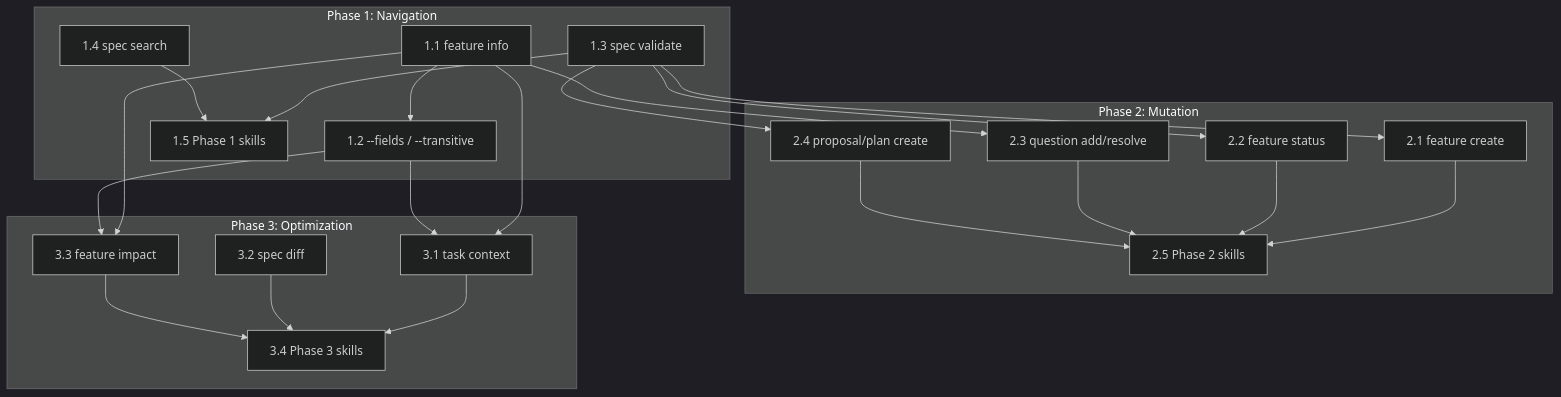
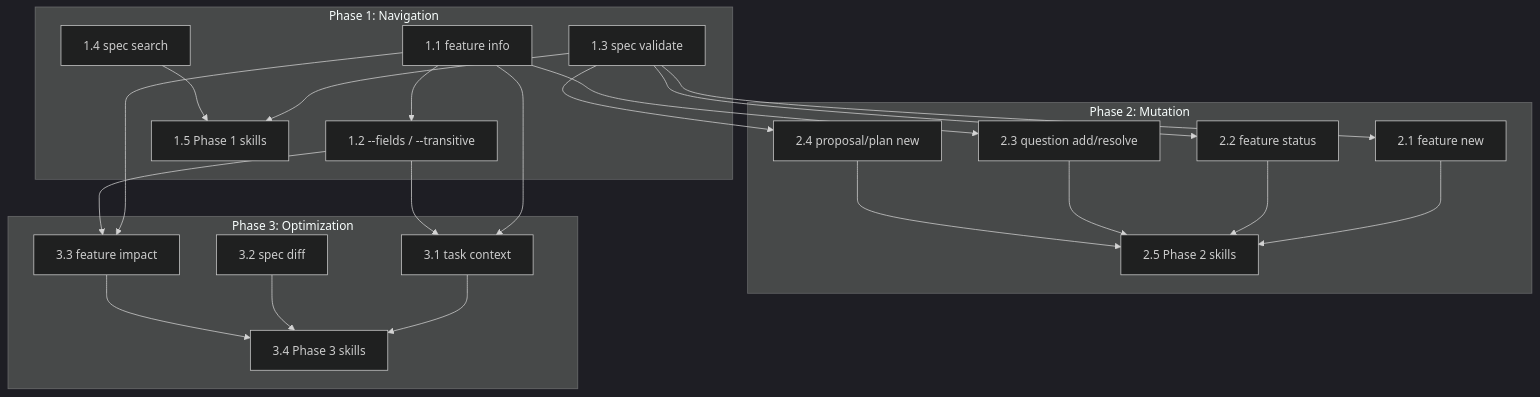
The diagram in spec/plans/agent-skills-roadmap/README.md (synchestra-io/synchestra), drawn with Mermaid (dark theme) before and after one commit. The commit also changed other lines of this file and 13 other files, not shown here.

````diff
--- a/spec/plans/agent-skills-roadmap/README.md
+++ b/spec/plans/agent-skills-roadmap/README.md
@@ -319,46 +321,46 @@
 ```mermaid
 graph TD
     subgraph "Phase 1: Navigation"
         A["1.1 feature info"]
         B["1.2 --fields / --transitive"]
         C["1.3 spec validate"]
         D["1.4 spec search"]
         E["1.5 Phase 1 skills"]
 
         A --> B
         C --> E
         D --> E
     end
 
     subgraph "Phase 2: Mutation"
-        F["2.1 feature create"]
+        F["2.1 feature new"]
         G["2.2 feature status"]
         H["2.3 question add/resolve"]
-        I["2.4 proposal/plan create"]
+        I["2.4 proposal/plan new"]
         J["2.5 Phase 2 skills"]
 
         C --> F
         C --> G
         A --> H
         C --> I
         F --> J
         G --> J
         H --> J
         I --> J
     end
 
     subgraph "Phase 3: Optimization"
         K["3.1 task context"]
         L["3.2 spec diff"]
         M["3.3 feature impact"]
         N["3.4 Phase 3 skills"]
 
         A --> K
         B --> K
         A --> M
         B --> M
         K --> N
         L --> N
         M --> N
     end
 ```
````
